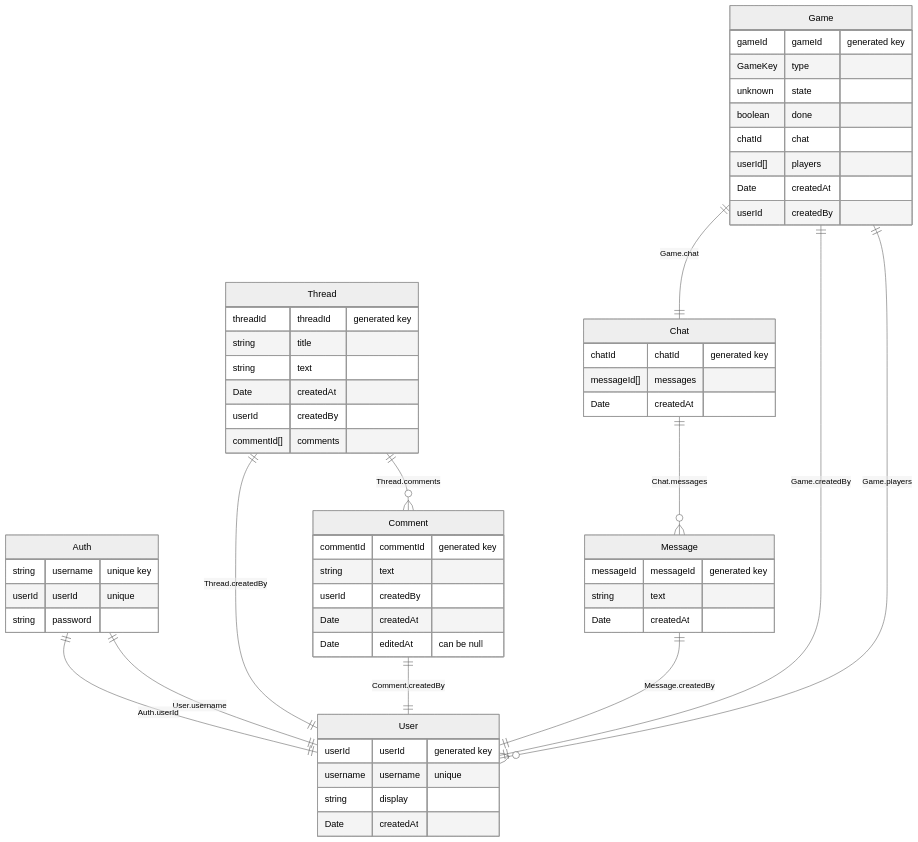
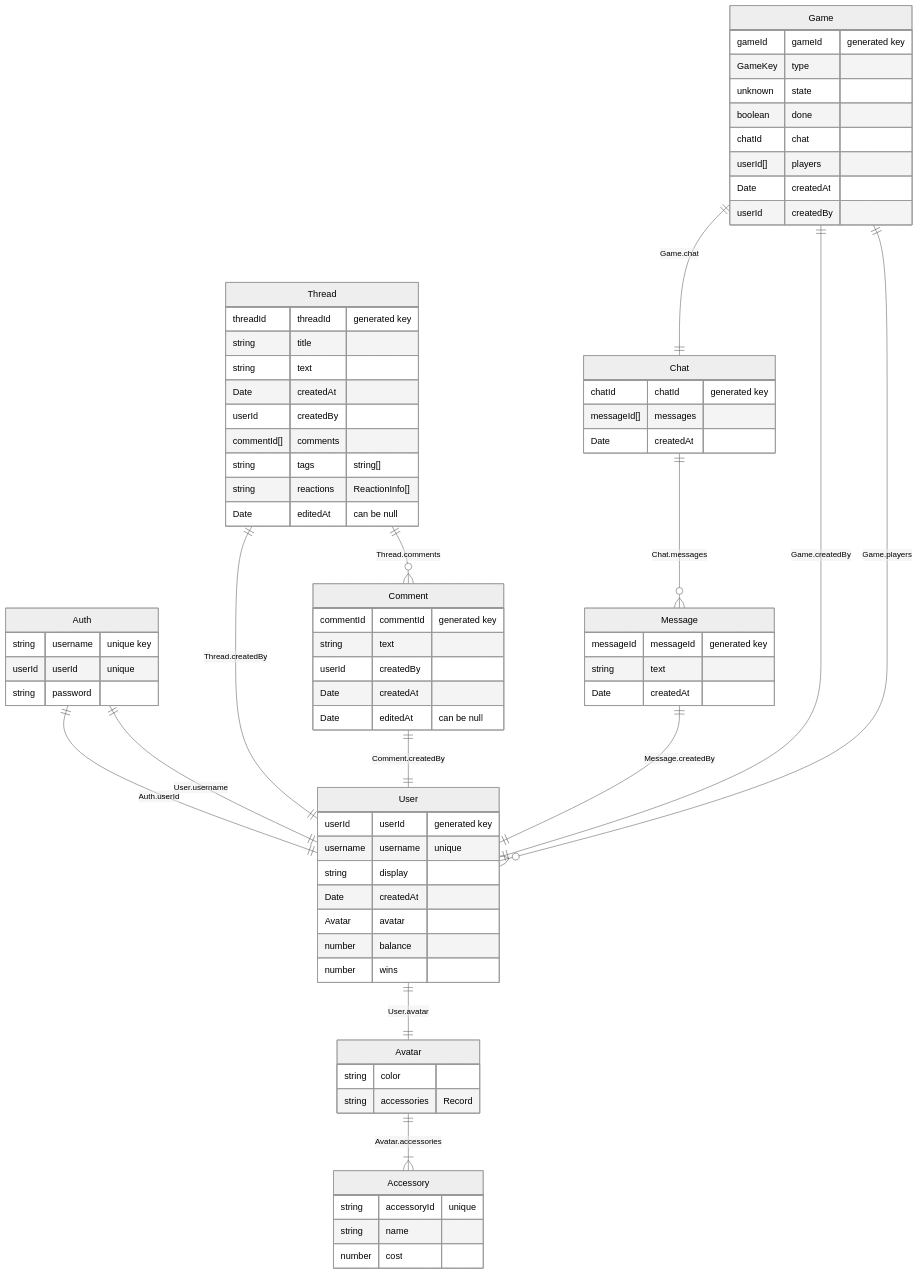
The diagram in README.md (neu-cs4530/game-galaxy), drawn with Mermaid (neutral theme) before and after one commit. The commit also changed 5 other files, not shown here.

Commit message:
updated ERD diagram in readme + updated game table sprites w game name

````diff
--- a/README.md
+++ b/README.md
@@ -111,65 +111,82 @@
 ```mermaid
 erDiagram
     Auth {
         string username "unique key"
         userId userId "unique"
         string password ""
     }
 
     User {
         userId userId "generated key"
         username username "unique"
         string display ""
         Date createdAt ""
+        Avatar avatar
+        number balance 
+        number wins
+    }
+    Avatar {
+        string color
+        string accessories "Record<string, boolean>"
+    }
+    Accessory {
+        string accessoryId "unique"
+        string name
+        number cost 
     }
     User ||--|| Auth: "User.username"
     Auth ||--|| User: "Auth.userId"
+    User ||--|| Avatar: "User.avatar"
+    Avatar ||--|{ Accessory: "Avatar.accessories"
 
     Thread {
         threadId threadId "generated key"
         string title ""
         string text ""
         Date createdAt ""
         userId createdBy ""
         commentId[] comments ""
+        string tags "string[]"
+        string reactions "ReactionInfo[]"
+        Date editedAt "can be null"
     }
     Thread ||--|| User: "Thread.createdBy"
     Thread ||--o{ Comment: "Thread.comments"
 
     Comment {
         commentId commentId "generated key"
         string text ""
         userId createdBy ""
         Date createdAt ""
         Date editedAt "can be null"
     }
     Comment ||--|| User: "Comment.createdBy"
 
     Game {
         gameId gameId "generated key"
         GameKey type ""
         unknown state ""
         boolean done ""
         chatId chat ""
         userId[] players ""
         Date createdAt ""
         userId createdBy ""
     }
     Game ||--|| Chat: "Game.chat"
     Game ||--|| User: "Game.createdBy"
     Game ||--o{ User: "Game.players"
 
     Chat {
         chatId chatId "generated key"
         messageId[] messages ""
         Date createdAt ""
     }
     Chat ||--o{ Message: "Chat.messages"
 
     Message {
         messageId messageId "generated key"
         string text ""
         Date createdAt ""
     }
     Message ||--|| User: "Message.createdBy"
 ```
````
